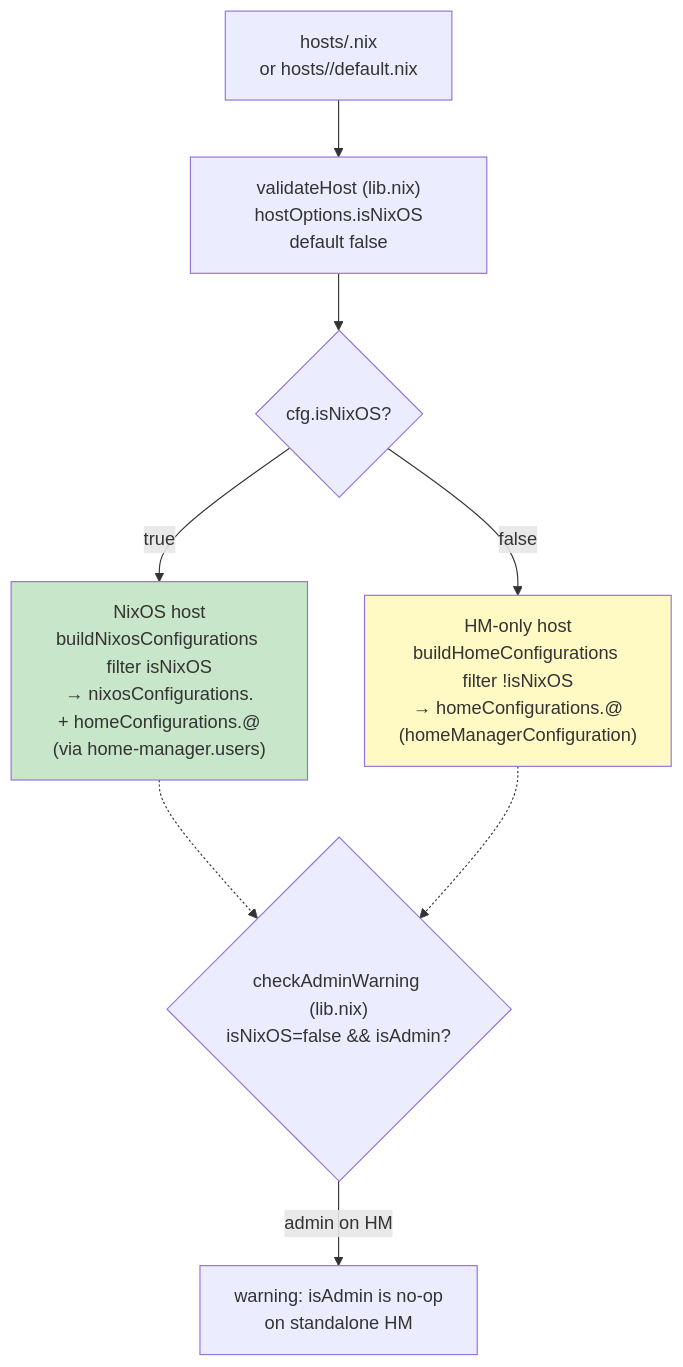
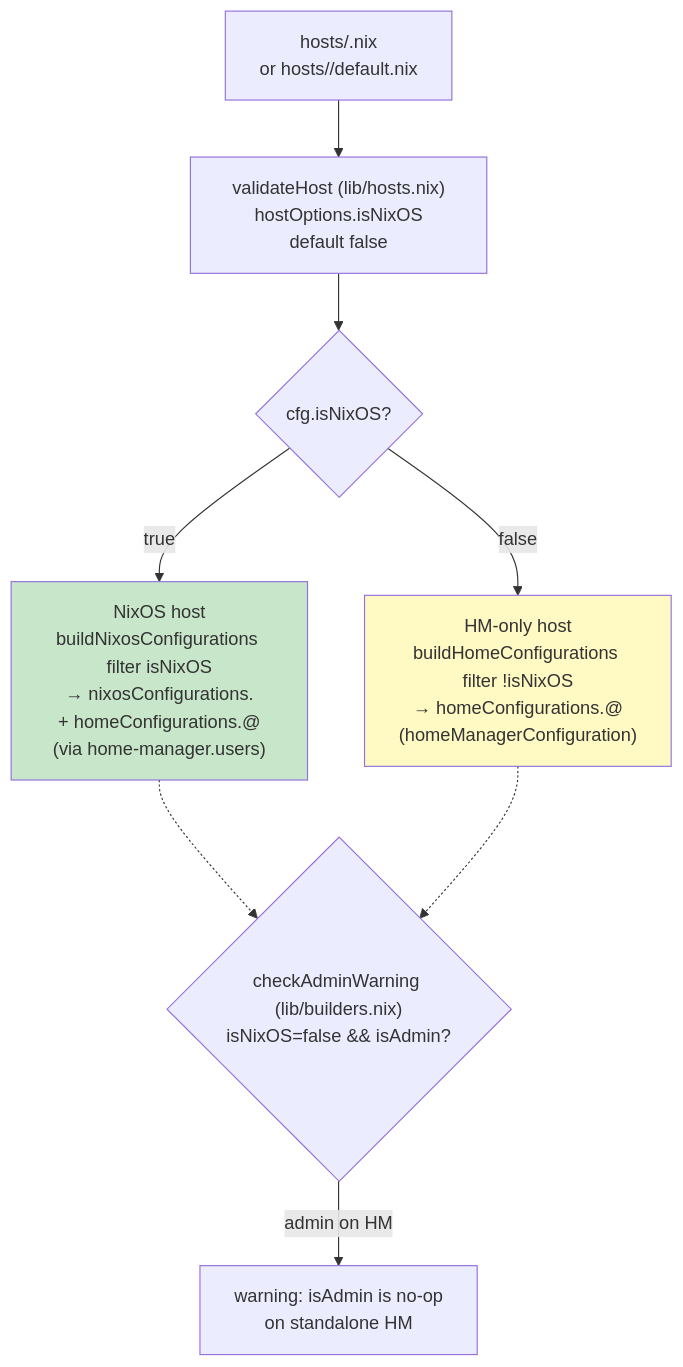
The third of 7 diagrams in DESIGN.md (WombatFromHell/automatic-palm-tree), drawn with Mermaid before and after one commit. The commit also changed other lines of this file and 1 other file, not shown here.

````diff
--- a/DESIGN.md
+++ b/DESIGN.md
@@ -107,14 +122,14 @@
 ```mermaid
 flowchart TD
-    f["hosts/<name>.nix\nor hosts/<name>/default.nix"] --> v["validateHost (lib.nix)\n hostOptions.isNixOS default false"]
+    f["hosts/<name>.nix\nor hosts/<name>/default.nix"] --> v["validateHost (lib/hosts.nix)\n hostOptions.isNixOS default false"]
     v --> q{"cfg.isNixOS?"}
     q -->|true| N["NixOS host\nbuildNixosConfigurations filter isNixOS\n→ nixosConfigurations.<name>\n+ homeConfigurations.<user>@<name>\n(via home-manager.users)"]
     q -->|false| H["HM-only host\nbuildHomeConfigurations filter !isNixOS\n→ homeConfigurations.<user>@<name>\n(homeManagerConfiguration)"]
 
-    N -.-> warnCheck{"checkAdminWarning (lib.nix)\nisNixOS=false && isAdmin?"}
+    N -.-> warnCheck{"checkAdminWarning (lib/builders.nix)\nisNixOS=false && isAdmin?"}
     H -.-> warnCheck
     warnCheck -->|admin on HM| warn["warning: isAdmin is no-op\non standalone HM"]
 
     style N fill:#c8e6c9
     style H fill:#fff9c4
 ```
````
